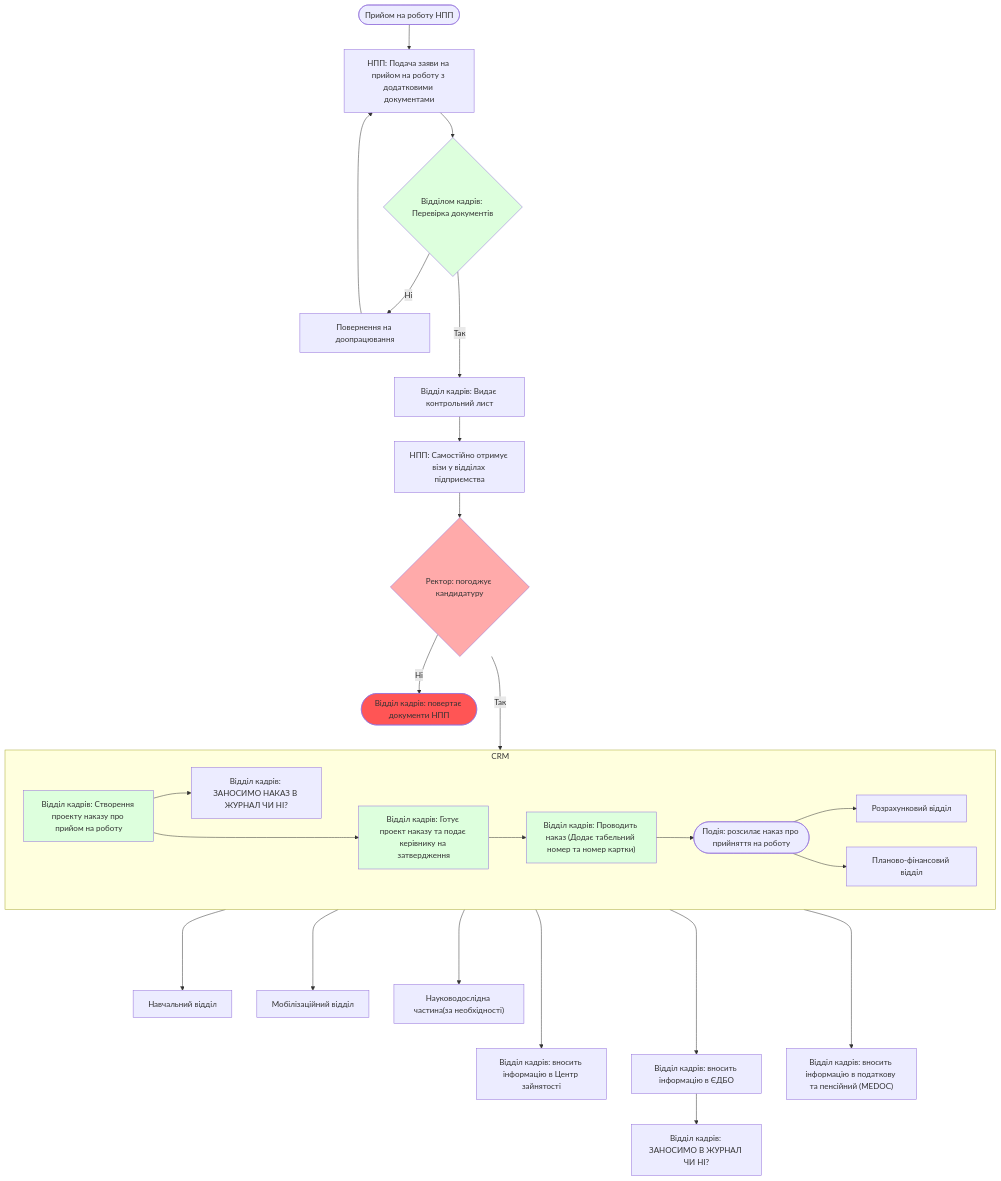
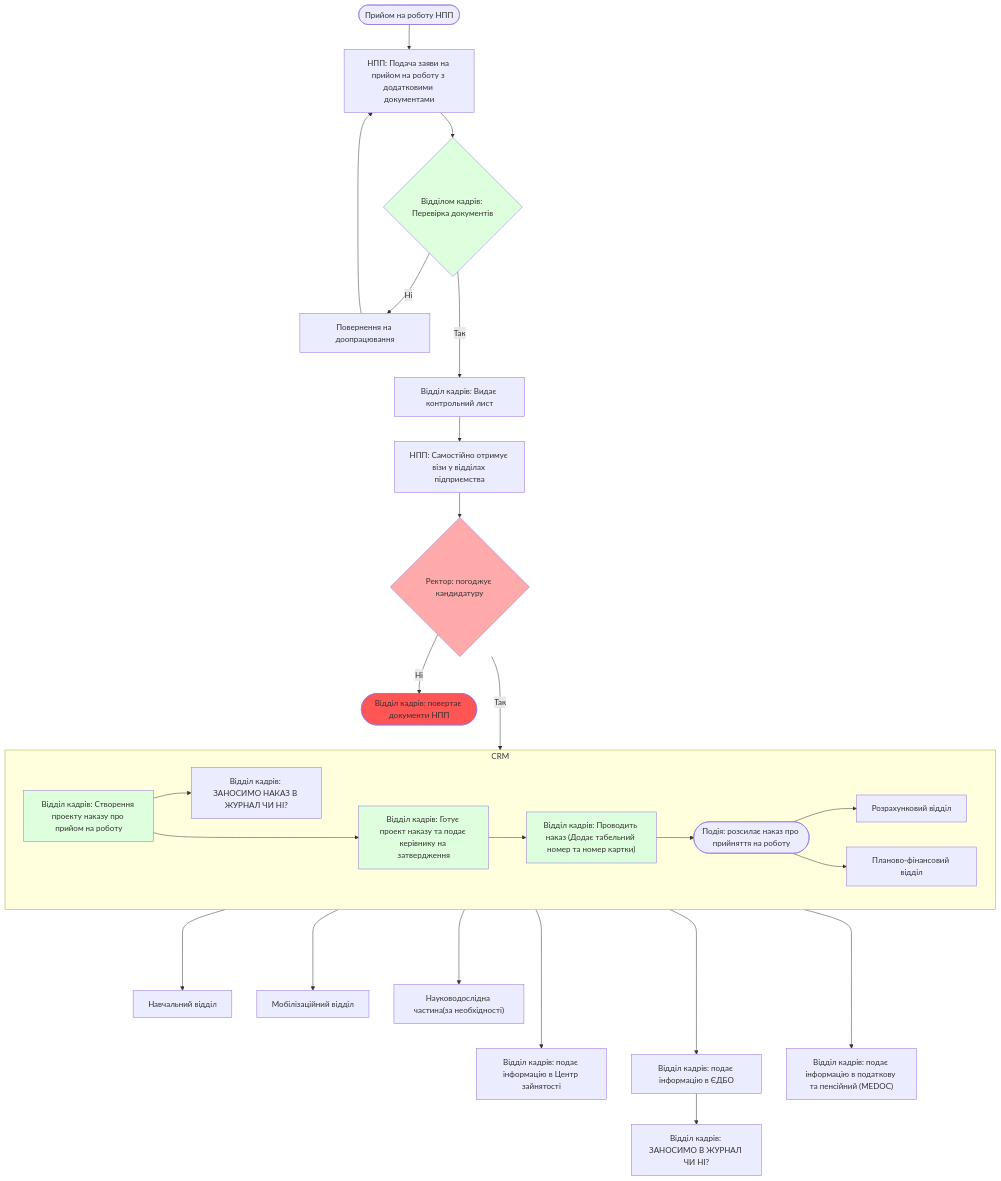
One commit to lisnayk/hr-workflows changed the first of 2 diagrams in processes/onboarding/npp.md. Above: the diagram before and after it, drawn with Mermaid. The commit also changed other lines of this file, not shown here.

````diff
--- a/processes/onboarding/npp.md
+++ b/processes/onboarding/npp.md
@@ -35,38 +35,38 @@
 ```mermaid
 flowchart TB
     TITLE(["Прийом на роботу НПП"])
     TITLE --> APPLICATION["НПП: Подача заяви на прийом на роботу з додатковими документами"]
     APPLICATION --> R1{"Відділом кадрів: Перевірка документів"}
     R1 -- " Ні " --> NOT_VALID["Повернення на доопрацювання"]
     R1 -- " Так " ---> CHECK_LIST["Відділ кадрів: Видає контрольний лист"]
     NOT_VALID --> APPLICATION
     CHECK_LIST --> SIGNS["НПП: Самостійно отримує візи у відділах підприємства"]
     SIGNS --> R2{"Ректор: погоджує кандидатуру"}
     subgraph "CRM"
         direction LR
         APPROVE["Відділ кадрів: Створення проекту наказу про прийом на роботу"]
         APPROVE --> REPORT["Відділ кадрів: ЗАНОСИМО НАКАЗ В ЖУРНАЛ ЧИ НІ?"]
         APPROVE ---> HEAD_APPROVE["Відділ кадрів: Готує проект наказу та подає керівнику на затвердження"]
         HEAD_APPROVE --> PROVODKA["Відділ кадрів: Проводить наказ (Додає табельний номер та номер картки)"]
         PROVODKA --> EVENT_CREATED(["Подія: розсилає наказ про прийняття на роботу"])
         EVENT_CREATED --> V1["Розрахунковий відділ"]
         EVENT_CREATED --> V2["Планово-фінансовий відділ"]
     end
     R2 -- " Ні " --> REJECT(["Відділ кадрів: повертає документи НПП"])
     R2 -- " Так " ---> CRM
 
 
     PROVODKA ----> V3["Навчальний відділ"]
     PROVODKA ----> V4["Мобілізаційний відділ"]
     PROVODKA ----> V5["Науководослідна частина(за необхідності)"]
-    PROVODKA -----> EXT0["Відділ кадрів: вносить інформацію в Центр зайнятості"]
-    PROVODKA -----> EXT1["Відділ кадрів: вносить інформацію в ЄДБО"]
-    PROVODKA -----> EXT2["Відділ кадрів: вносить інформацію в податкову та пенсійний (MEDOC)"]
+    PROVODKA -----> EXT0["Відділ кадрів: подає інформацію в Центр зайнятості"]
+    PROVODKA -----> EXT1["Відділ кадрів: подає інформацію в ЄДБО"]
+    PROVODKA -----> EXT2["Відділ кадрів: подає інформацію в податкову та пенсійний (MEDOC)"]
     EXT1 --> REPORT2["Відділ кадрів: ЗАНОСИМО В ЖУРНАЛ ЧИ НІ?"]
     style REJECT fill: #f55
     style R1 fill: #dfd
     style PROVODKA fill: #dfd
     style HEAD_APPROVE fill: #dfd
     style APPROVE fill: #dfd
     style R2 fill: #faa
 ```
````
